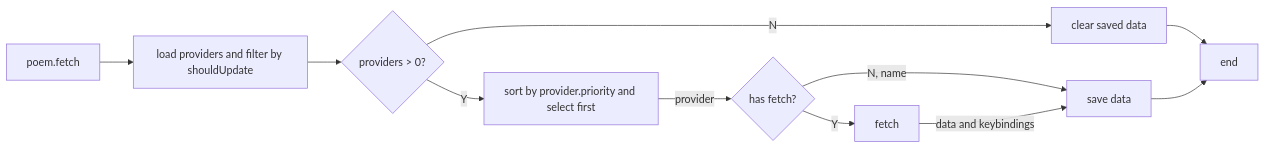
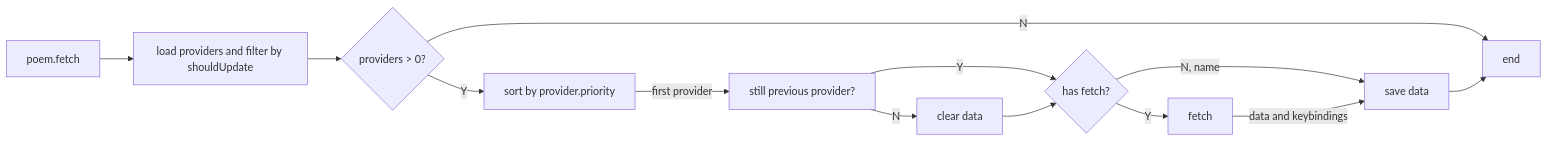
One commit to EverSeenTOTOTO/coc-poem changed the second of 2 diagrams in README.md. Above: the diagram before and after it, drawn with Mermaid. The commit also changed 10 other files, not shown here.

````diff
--- a/README.md
+++ b/README.md
@@ -54,13 +54,15 @@
 ```mermaid
 flowchart LR
     fetch[poem.fetch] --> loadProvidrs[load providers and filter by shouldUpdate]
-    loadProvidrs --> noProvider{providers > 0?}
-    noProvider -- N --> clearSavedData[clear saved data]
-    clearSavedData --> pass[end]
-    noProvider -- Y --> selectFirst[sort by provider.priority and select first]
-    selectFirst -- provider --> hasFetch{has fetch?}
+    loadProvidrs --> hasProvider{providers > 0?}
+    hasProvider -- N --> pass[end]
+    hasProvider -- Y --> selectFirst[sort by provider.priority]
+    selectFirst -- first provider --> isSame[still previous provider?]
+    isSame -- N --> clearData[clear data]
+    isSame -- Y --> hasFetch{has fetch?}
+    clearData --> hasFetch
     hasFetch -- Y --> runFetch[fetch]
     hasFetch -- N, name --> updateData[save data]
     runFetch -- data and keybindings --> updateData
     updateData --> pass
 ```
````
